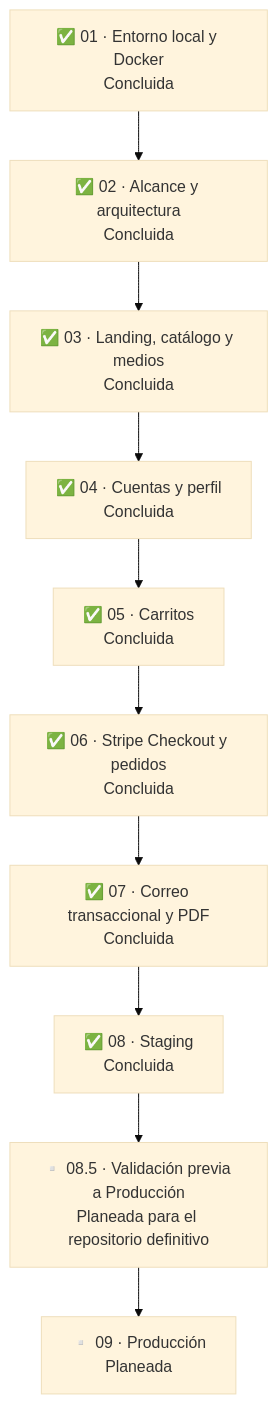
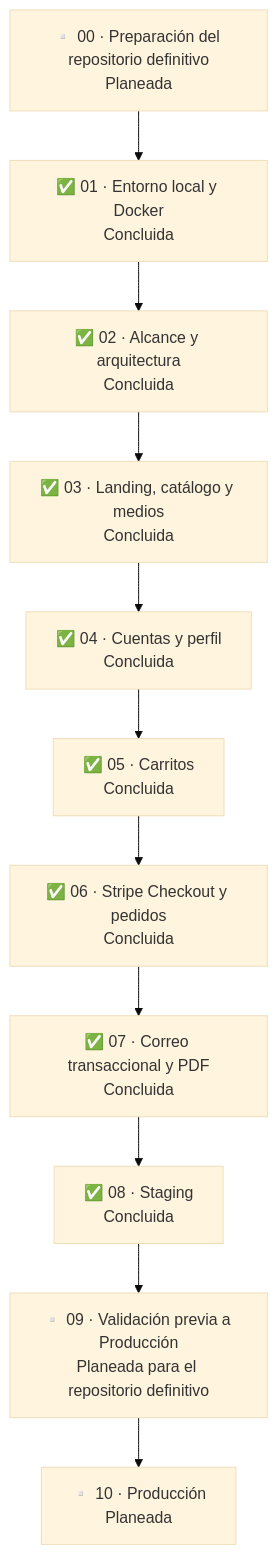
The diagram in docs/ROADMAP.md (sadamlg/sr_del_mictlan_mezcal), drawn with Mermaid (base theme) before and after one commit. The commit also changed other lines of this file and 11 other files, not shown here.

Commit message:
docs: prepare reconstruction and quality roadmap

````diff
--- a/docs/ROADMAP.md
+++ b/docs/ROADMAP.md
@@ -22,12 +23,13 @@
 ```mermaid
 flowchart TB
+    p00["▫️ 00 · Preparación del repositorio definitivo<br/>Planeada"] --> p01
     p01["✅ 01 · Entorno local y Docker<br/>Concluida"] --> p02["✅ 02 · Alcance y arquitectura<br/>Concluida"]
     p02 --> p03["✅ 03 · Landing, catálogo y medios<br/>Concluida"]
     p03 --> p04["✅ 04 · Cuentas y perfil<br/>Concluida"]
     p04 --> p05["✅ 05 · Carritos<br/>Concluida"]
     p05 --> p06["✅ 06 · Stripe Checkout y pedidos<br/>Concluida"]
     p06 --> p07["✅ 07 · Correo transaccional y PDF<br/>Concluida"]
     p07 --> p08["✅ 08 · Staging<br/>Concluida"]
-    p08 --> p085["▫️ 08.5 · Validación previa a Producción<br/>Planeada para el repositorio definitivo"]
-    p085 --> p09["▫️ 09 · Producción<br/>Planeada"]
+    p08 --> p09["▫️ 09 · Validación previa a Producción<br/>Planeada para el repositorio definitivo"]
+    p09 --> p10["▫️ 10 · Producción<br/>Planeada"]
 ```
````
